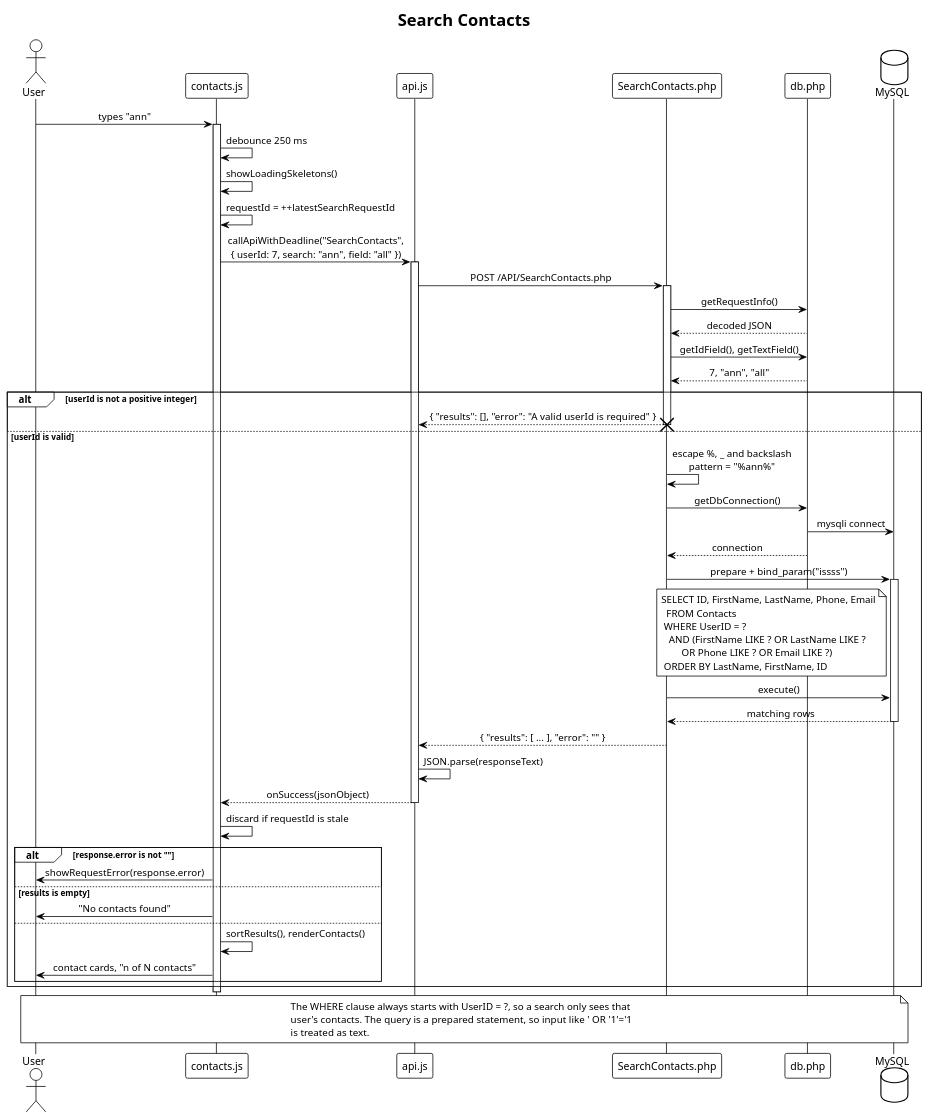
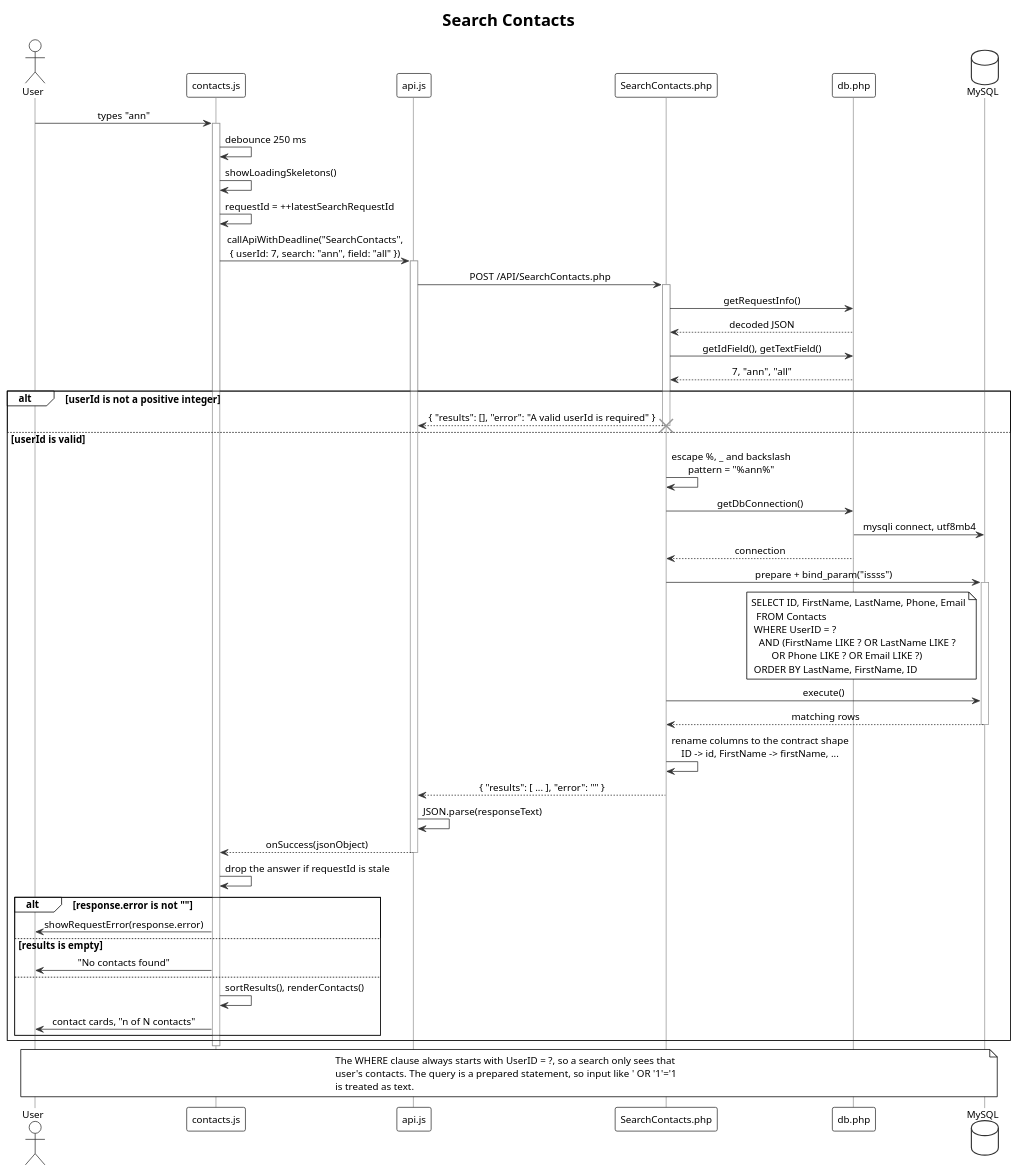
One commit to polter-dev/Poosd-Small-Project changed the diagram in docs/uml/sequence-search.puml. Above: the diagram before and after it, drawn with PlantUML. The commit also changed 9 other files, not shown here.

First line of the commit message:
Verify the three UML diagrams against the merged code

```diff
--- a/docs/uml/sequence-search.puml
+++ b/docs/uml/sequence-search.puml
@@ -1,95 +1,104 @@
 @startuml sequence-search
 ' Contact Manager -- sequence diagram for one search
 ' Traced from frontend/js/contacts.js -> frontend/js/api.js
 '   -> API/SearchContacts.php -> API/db.php -> MySQL
 
 !theme plain
+
+skinparam defaultFontName Verdana
+skinparam defaultFontSize 13
 skinparam shadowing false
 skinparam sequenceMessageAlign center
 skinparam ParticipantBackgroundColor White
-skinparam ParticipantBorderColor Black
+skinparam ParticipantBorderColor #333333
+skinparam ActorBorderColor #333333
+skinparam DatabaseBorderColor #333333
+skinparam ArrowColor #333333
+skinparam SequenceLifeLineBorderColor #999999
 
 title Search Contacts
 
 actor "User" as USER
 participant "contacts.js" as JS
 participant "api.js" as CALL
 participant "SearchContacts.php" as PHP
 participant "db.php" as DB
 database "MySQL" as SQL
 
 USER -> JS : types "ann"
 activate JS
 
 JS -> JS : debounce 250 ms
 JS -> JS : showLoadingSkeletons()
 JS -> JS : requestId = ++latestSearchRequestId
 
 JS -> CALL : callApiWithDeadline("SearchContacts",\n{ userId: 7, search: "ann", field: "all" })
 activate CALL
 
 CALL -> PHP : POST /API/SearchContacts.php
 activate PHP
 
 PHP -> DB : getRequestInfo()
 DB --> PHP : decoded JSON
 
 PHP -> DB : getIdField(), getTextField()
 DB --> PHP : 7, "ann", "all"
 
 alt userId is not a positive integer
 
   PHP --> CALL : { "results": [], "error": "A valid userId is required" }
   destroy PHP
 
 else userId is valid
 
   PHP -> PHP : escape %, _ and backslash\npattern = "%ann%"
 
   PHP -> DB : getDbConnection()
-  DB -> SQL : mysqli connect
+  DB -> SQL : mysqli connect, utf8mb4
   DB --> PHP : connection
 
   PHP -> SQL : prepare + bind_param("issss")
   activate SQL
   note left of SQL
     SELECT ID, FirstName, LastName, Phone, Email
       FROM Contacts
      WHERE UserID = ?
        AND (FirstName LIKE ? OR LastName LIKE ?
             OR Phone LIKE ? OR Email LIKE ?)
      ORDER BY LastName, FirstName, ID
   end note
   PHP -> SQL : execute()
   SQL --> PHP : matching rows
   deactivate SQL
 
+  PHP -> PHP : rename columns to the contract shape\nID -> id, FirstName -> firstName, ...
+
   PHP --> CALL : { "results": [ ... ], "error": "" }
   deactivate PHP
 
   CALL -> CALL : JSON.parse(responseText)
   CALL --> JS : onSuccess(jsonObject)
   deactivate CALL
 
-  JS -> JS : discard if requestId is stale
+  JS -> JS : drop the answer if requestId is stale
 
   alt response.error is not ""
     JS -> USER : showRequestError(response.error)
   else results is empty
     JS -> USER : "No contacts found"
   else
     JS -> JS : sortResults(), renderContacts()
     JS -> USER : contact cards, "n of N contacts"
   end
 
 end
 
 deactivate JS
 
 note across
   The WHERE clause always starts with UserID = ?, so a search only sees that
   user's contacts. The query is a prepared statement, so input like  ' OR '1'='1
   is treated as text.
 end note
 
 @enduml
```
